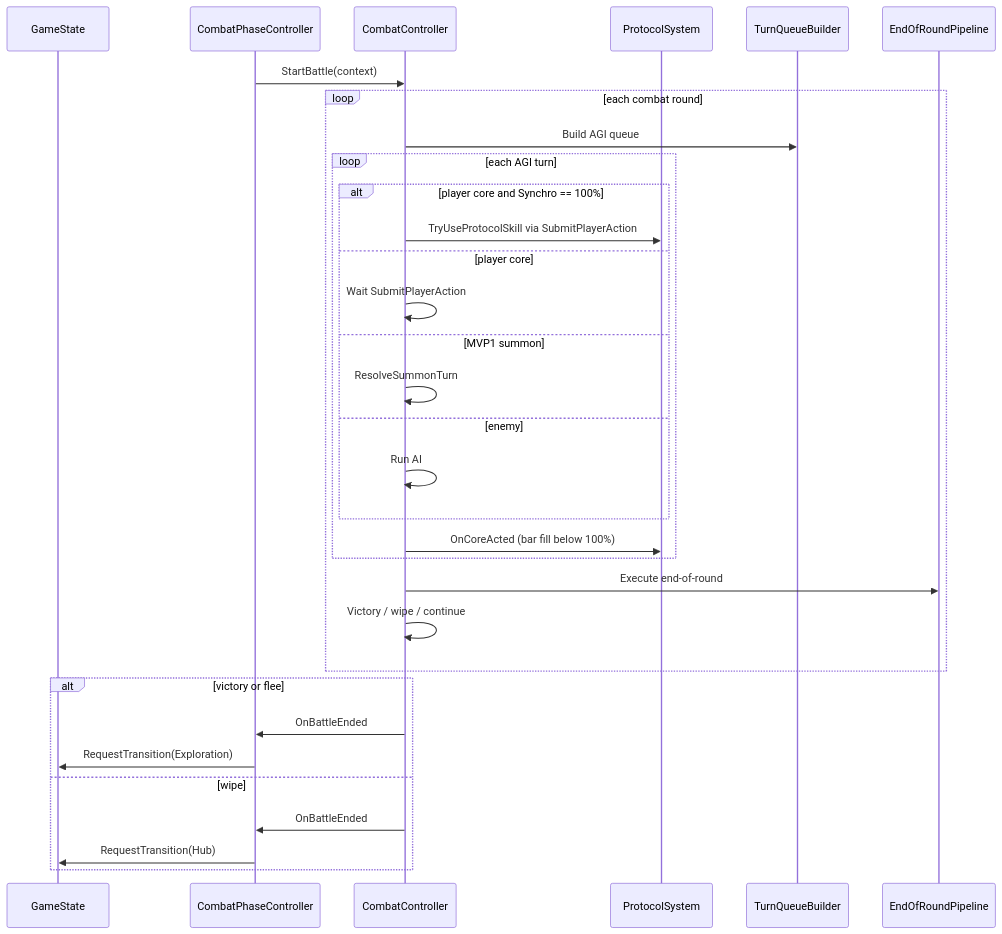
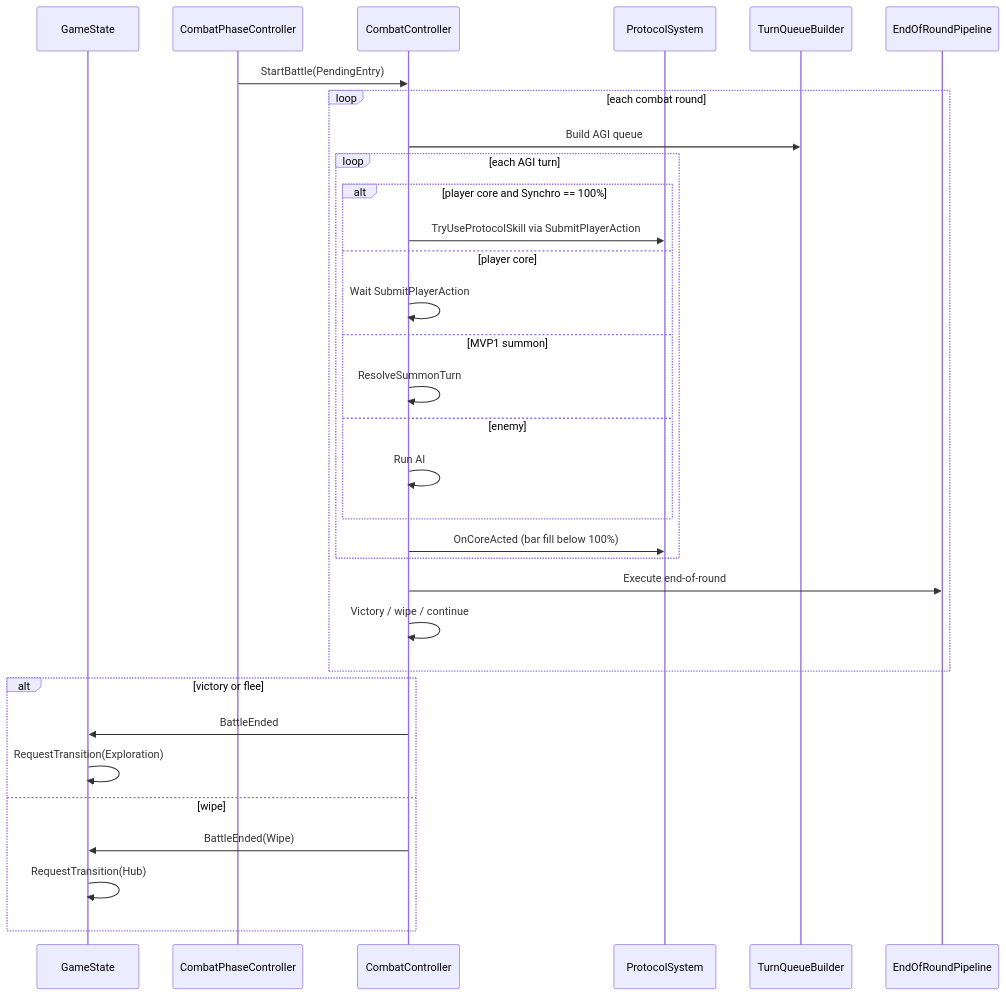
One commit to miramocha/griddungeon-design-docs changed the sixth of 6 diagrams in docs/02-systems/game-phase.md. Above: the diagram before and after it, drawn with Mermaid. The commit also changed other lines of this file, not shown here.

````diff
--- a/docs/02-systems/game-phase.md
+++ b/docs/02-systems/game-phase.md
@@ -210,35 +223,35 @@
 ```mermaid
 sequenceDiagram
   participant GS as GameState
   participant CP as CombatPhaseController
   participant CC as CombatController
   participant Protocol as ProtocolSystem
   participant TQ as TurnQueueBuilder
   participant EOR as EndOfRoundPipeline
 
-  CP->>CC: StartBattle(context)
+  CP->>CC: StartBattle(PendingEntry)
   loop each combat round
     CC->>TQ: Build AGI queue
     loop each AGI turn
       alt player core and Synchro == 100%
         CC->>Protocol: TryUseProtocolSkill via SubmitPlayerAction
       else player core
         CC->>CC: Wait SubmitPlayerAction
       else MVP1 summon
         CC->>CC: ResolveSummonTurn
       else enemy
         CC->>CC: Run AI
       end
       CC->>Protocol: OnCoreActed (bar fill below 100%)
     end
     CC->>EOR: Execute end-of-round
     CC->>CC: Victory / wipe / continue
   end
   alt victory or flee
-    CC->>CP: OnBattleEnded
-    CP->>GS: RequestTransition(Exploration)
+    CC->>GS: BattleEnded
+    GS->>GS: RequestTransition(Exploration)
   else wipe
-    CC->>CP: OnBattleEnded
-    CP->>GS: RequestTransition(Hub)
+    CC->>GS: BattleEnded(Wipe)
+    GS->>GS: RequestTransition(Hub)
   end
 ```
````
